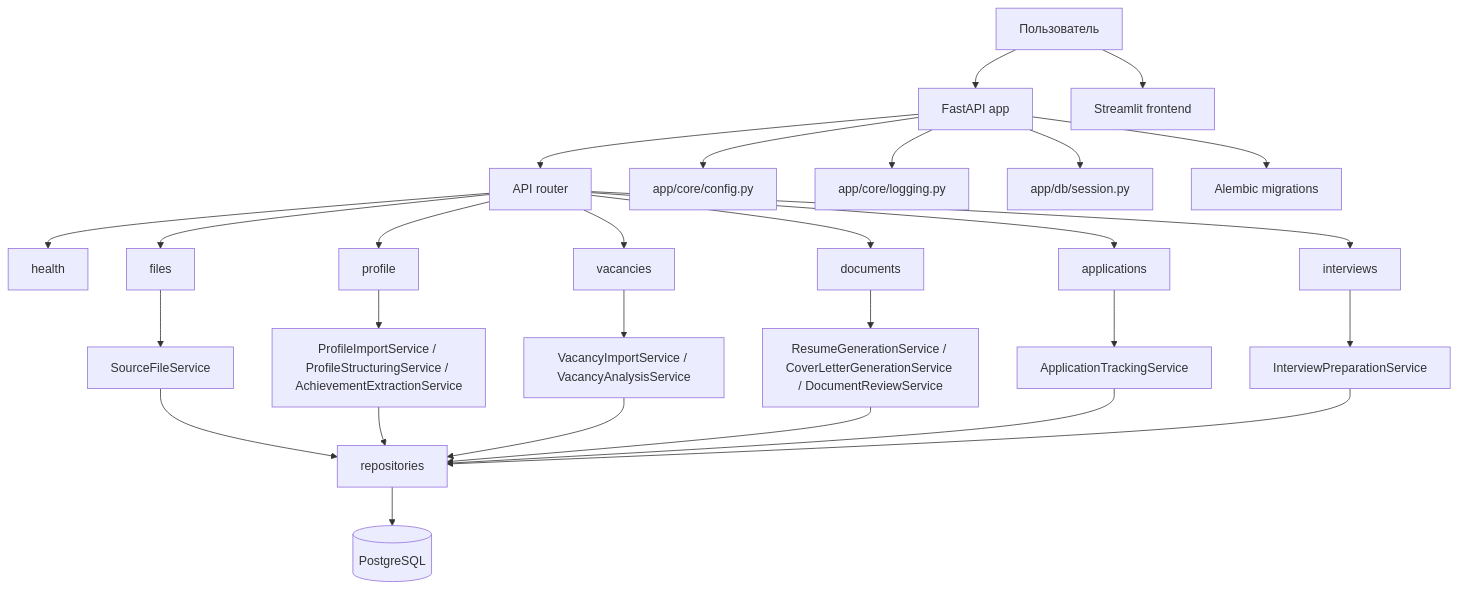
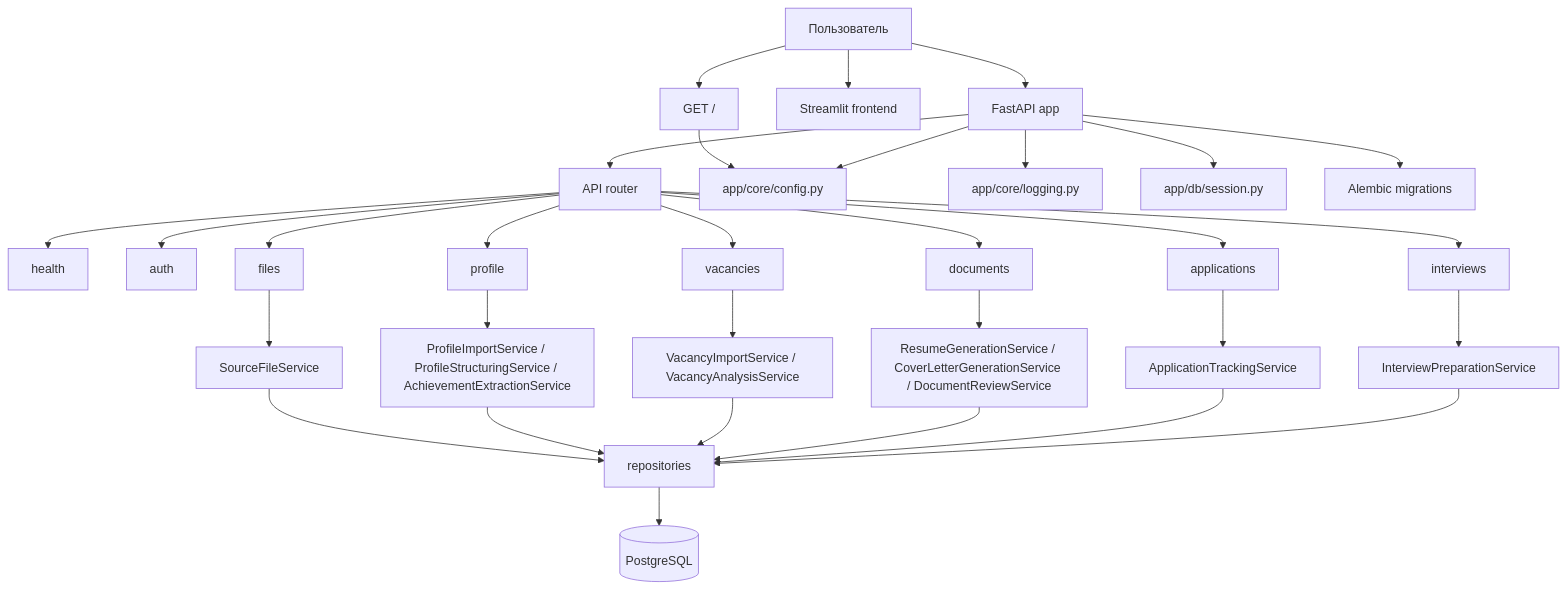
One commit to Alexsey111/career-copilot changed the diagram in docs/project-structure.md. Above: the diagram before and after it, drawn with Mermaid. The commit also changed other lines of this file and 61 other files, not shown here.

````diff
--- a/docs/project-structure.md
+++ b/docs/project-structure.md
@@ -7,33 +7,36 @@
 ```mermaid
 flowchart TD
     U[Пользователь] --> API[FastAPI app]
     U --> FE[Streamlit frontend]
+    U --> ROOT[GET /]
     API --> RT[API router]
     RT --> R1[health]
+    RT --> R8[auth]
     RT --> R2[files]
     RT --> R3[profile]
     RT --> R4[vacancies]
     RT --> R5[documents]
     RT --> R6[applications]
     RT --> R7[interviews]
 
     R2 --> S1[SourceFileService]
     R3 --> S2[ProfileImportService / ProfileStructuringService / AchievementExtractionService]
     R4 --> S3[VacancyImportService / VacancyAnalysisService]
     R5 --> S4[ResumeGenerationService / CoverLetterGenerationService / DocumentReviewService]
     R6 --> S5[ApplicationTrackingService]
     R7 --> S6[InterviewPreparationService]
 
     S1 --> REP[repositories]
     S2 --> REP
     S3 --> REP
     S4 --> REP
     S5 --> REP
     S6 --> REP
     REP --> DB[(PostgreSQL)]
 
+    ROOT --> CFG[app/core/config.py]
     API --> CFG[app/core/config.py]
     API --> LOG[app/core/logging.py]
     API --> DBS[app/db/session.py]
     API --> ALEMBIC[Alembic migrations]
 ```
````
